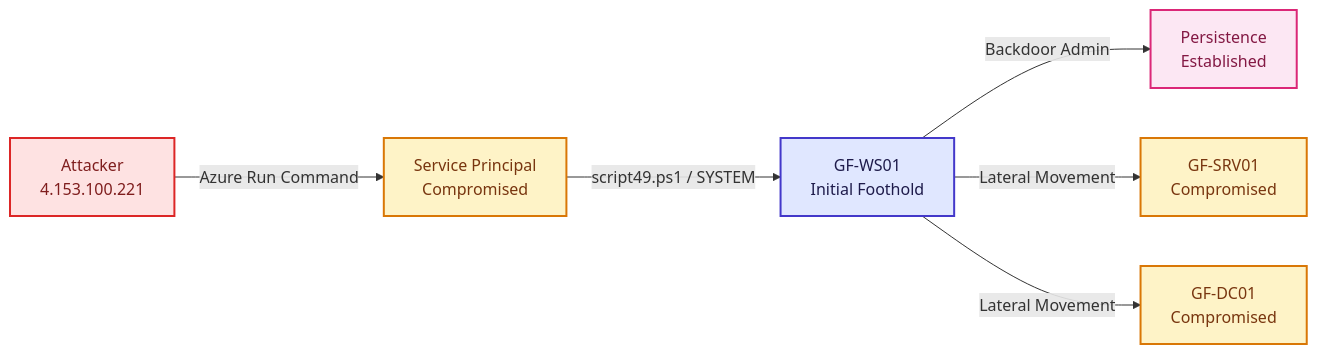
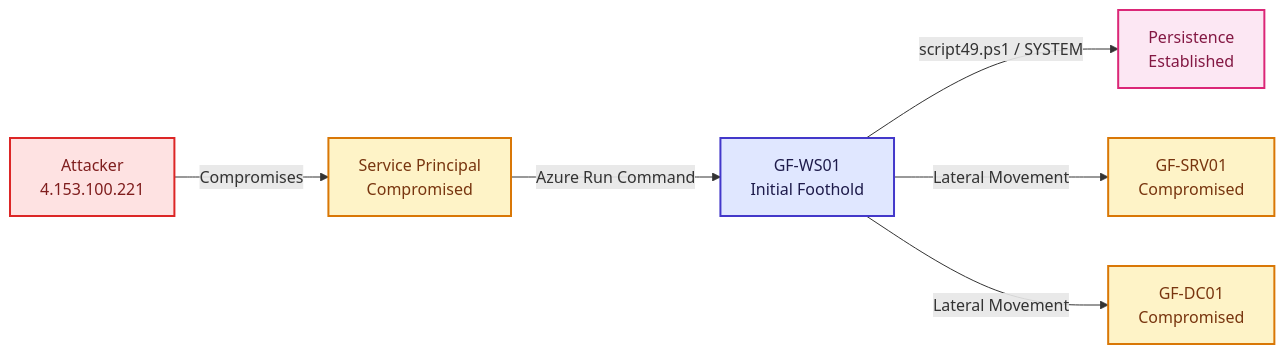
The first of 7 diagrams in README.md (Danielle-Respes/Hidden-Directive-Threat-Hunt-Investigation-Sentinel-MDE-2026), drawn with Mermaid before and after one commit. The commit also changed other lines of this file, not shown here.

````diff
--- a/README.md
+++ b/README.md
@@ -38,19 +38,20 @@
 ```mermaid
+
 graph LR
-    A["Attacker<br/>4.153.100.221"] -->|Azure Run Command| B["Service Principal<br/>Compromised"]
-    B -->|script49.ps1 / SYSTEM| C["GF-WS01<br/>Initial Foothold"]
-    C -->|Backdoor Admin| D["Persistence<br/>Established"]
+    A["Attacker<br/>4.153.100.221"] -->|Compromises| B["Service Principal<br/>Compromised"]
+    B -->|Azure Run Command| C["GF-WS01<br/>Initial Foothold"]
+    C -->|script49.ps1 / SYSTEM| D["Persistence<br/>Established"]
     C -->|Lateral Movement| E["GF-SRV01<br/>Compromised"]
     C -->|Lateral Movement| F["GF-DC01<br/>Compromised"]
 
     classDef attacker fill:#fee2e2,stroke:#dc2626,stroke-width:2px,color:#7f1d1d
     classDef compromised fill:#fef3c7,stroke:#d97706,stroke-width:2px,color:#78350f
     classDef foothold fill:#e0e7ff,stroke:#4338ca,stroke-width:2px,color:#1e1b4b
     classDef persistence fill:#fce7f3,stroke:#db2777,stroke-width:2px,color:#831843
 
     class A attacker
     class B compromised
     class C foothold
     class D persistence
     class E,F compromised
 ```
````
